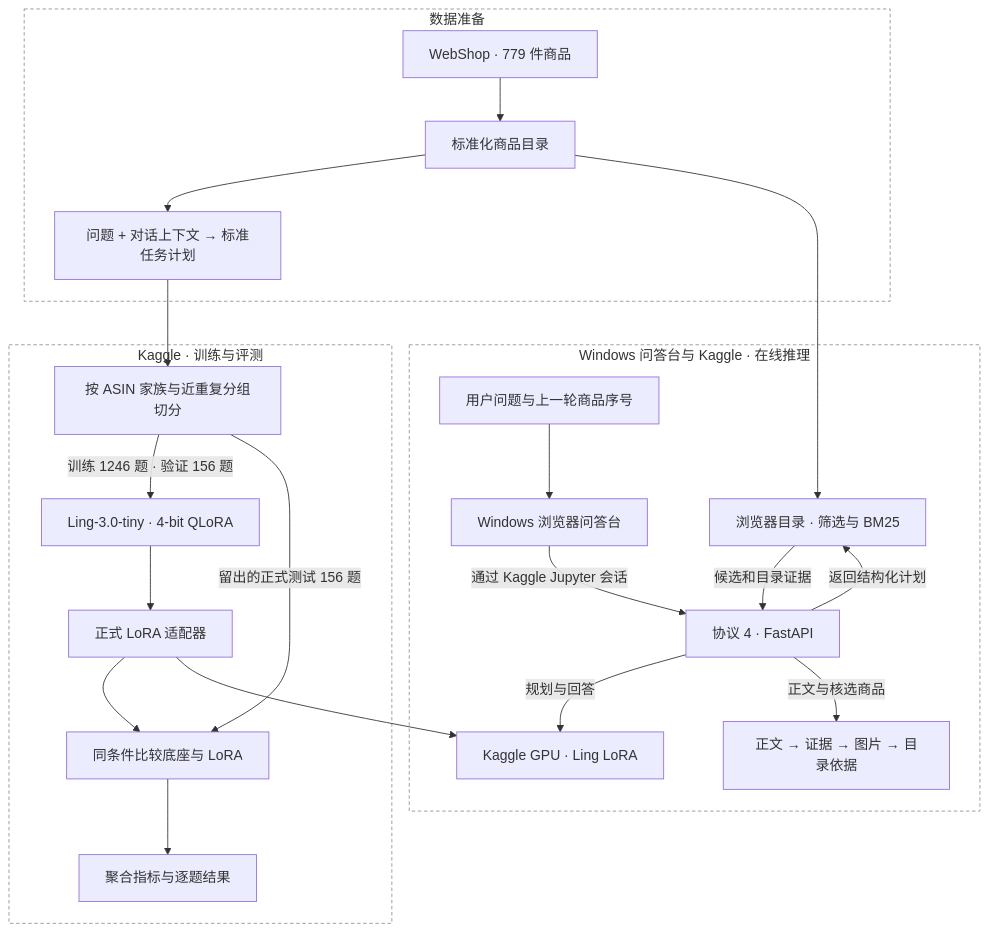
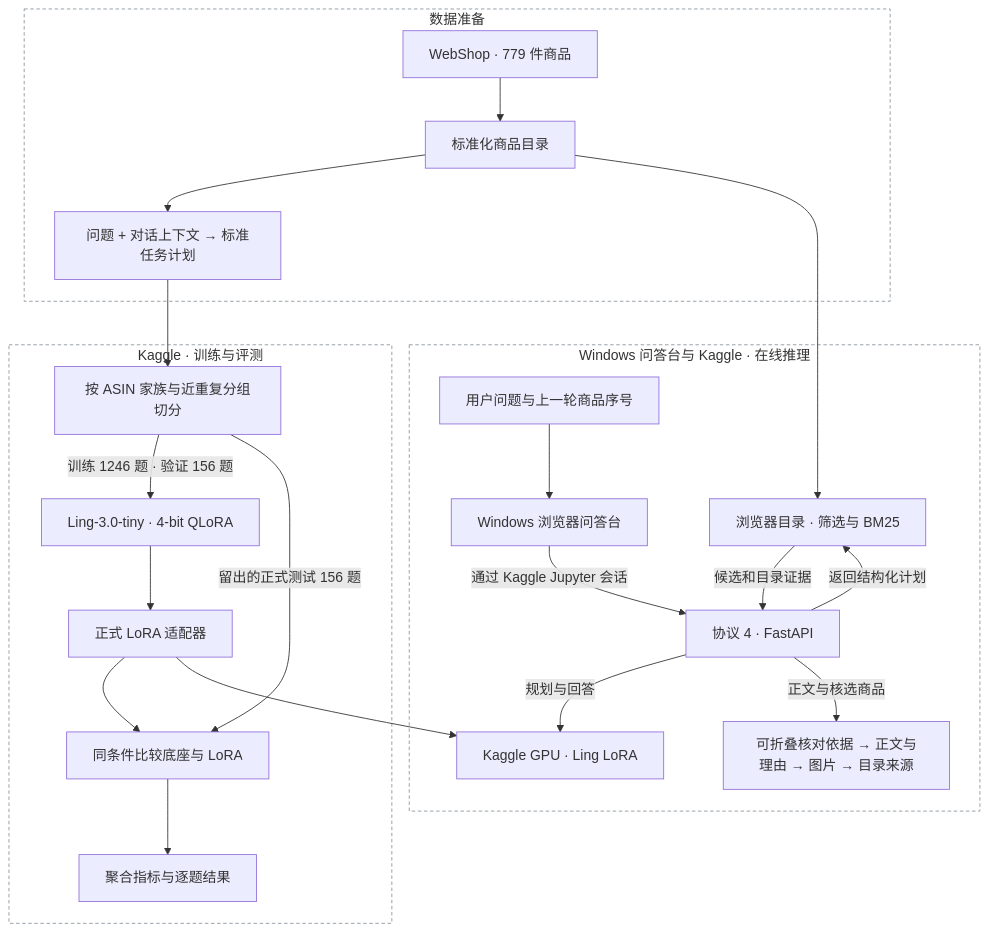
One commit to AaronYue77/webshop-ling-rag changed the first of 2 diagrams in README.md. Above: the diagram before and after it, drawn with Mermaid. The commit also changed other lines of this file and 11 other files, not shown here.

````diff
--- a/README.md
+++ b/README.md
@@ -56,33 +56,33 @@
 ```mermaid
 flowchart TD
   subgraph DATA["数据准备"]
     SOURCE["WebShop · 779 件商品"] --> CATALOG["标准化商品目录"]
     CATALOG --> SFT["问题 + 对话上下文 → 标准任务计划"]
   end
 
   subgraph OFFLINE["Kaggle · 训练与评测"]
     SPLIT["按 ASIN 家族与近重复分组切分"]
     SPLIT -->|训练 1246 题 · 验证 156 题| TRAIN["Ling-3.0-tiny · 4-bit QLoRA"]
     TRAIN --> ADAPTER["正式 LoRA 适配器"]
     SPLIT -->|留出的正式测试 156 题| EVAL["同条件比较底座与 LoRA"]
     ADAPTER --> EVAL
     EVAL --> REPORT["聚合指标与逐题结果"]
   end
 
   subgraph ONLINE["Windows 问答台与 Kaggle · 在线推理"]
     USER["用户问题与上一轮商品序号"] --> UI["Windows 浏览器问答台"]
     UI -->|通过 Kaggle Jupyter 会话| API["协议 4 · FastAPI"]
     API -->|规划与回答| LING["Kaggle GPU · Ling LoRA"]
     API -->|返回结构化计划| SEARCH["浏览器目录 · 筛选与 BM25"]
     SEARCH -->|候选和目录证据| API
-    API -->|正文与核选商品| VIEW["正文 → 证据 → 图片 → 目录依据"]
+    API -->|正文与核选商品| VIEW["可折叠核对依据 → 正文与理由 → 图片 → 目录来源"]
   end
 
   SFT --> SPLIT
   CATALOG --> SEARCH
   ADAPTER --> LING
 
   style DATA fill:none,stroke:#8b949e,stroke-dasharray:4 3
   style OFFLINE fill:none,stroke:#8b949e,stroke-dasharray:4 3
   style ONLINE fill:none,stroke:#8b949e,stroke-dasharray:4 3
 ```
````
